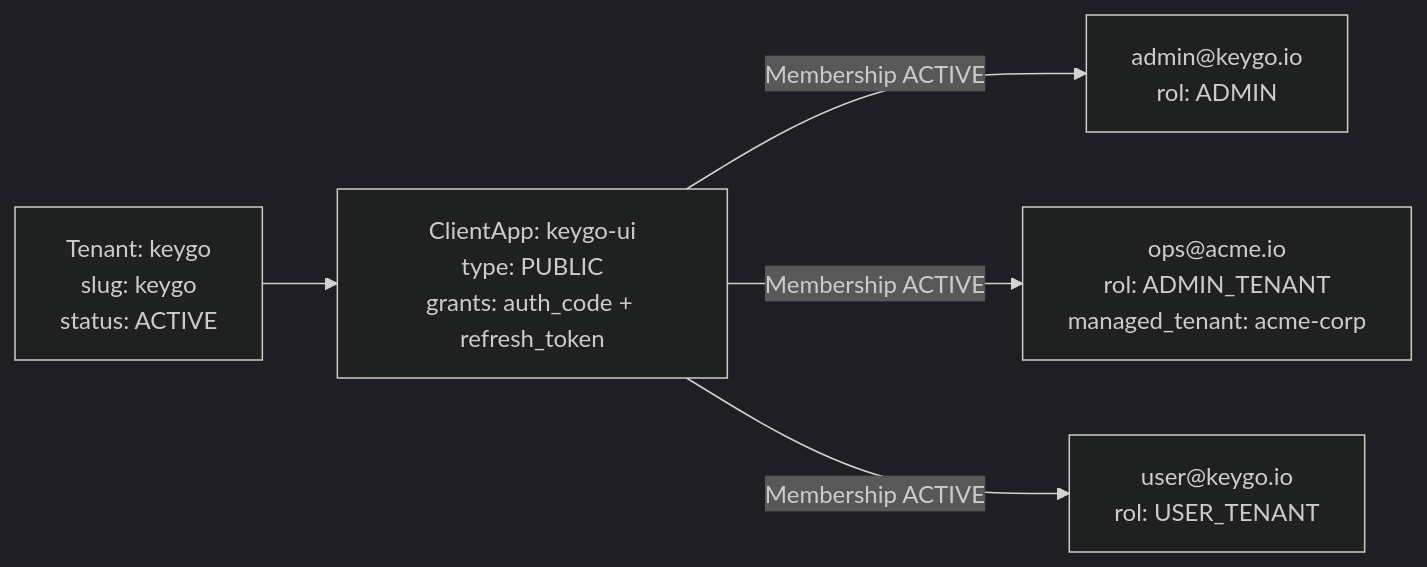
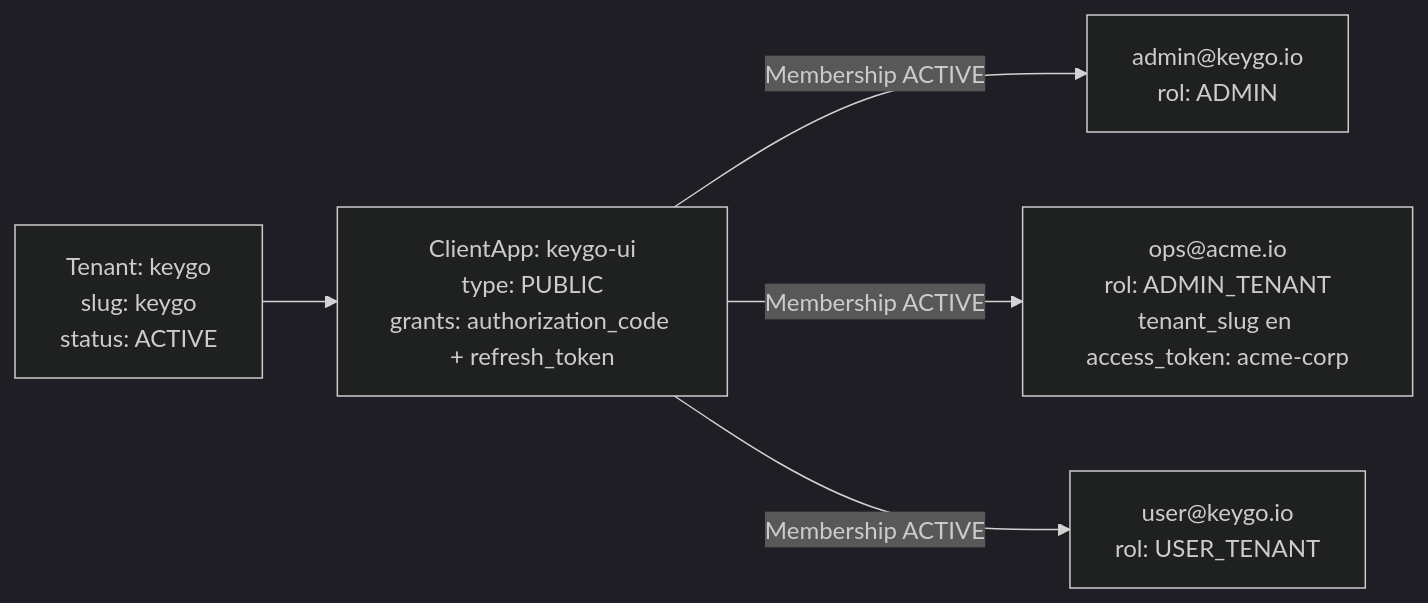
Before and after one commit to cmartinezs/keygo-server: the second of 4 diagrams in docs/keygo-ui/FRONTEND_DEVELOPER_GUIDE.md, drawn with Mermaid (dark theme). The commit also changed other lines of this file and 1 other file, not shown here.

Commit message:
feat(docs): update frontend developer guide and banner with new keygo info; refine role and membership API descriptions

````diff
--- a/docs/keygo-ui/FRONTEND_DEVELOPER_GUIDE.md
+++ b/docs/keygo-ui/FRONTEND_DEVELOPER_GUIDE.md
@@ -199,14 +199,14 @@
 ```mermaid
 graph LR
     T["Tenant: keygo<br/>slug: keygo<br/>status: ACTIVE"]
-    A["ClientApp: keygo-ui<br/>type: PUBLIC<br/>grants: auth_code + refresh_token"]
+    A["ClientApp: keygo-ui<br/>type: PUBLIC<br/>grants: authorization_code + refresh_token"]
     T --> A
 
     U1["admin@keygo.io<br/>rol: ADMIN"]
-    U2["ops@acme.io<br/>rol: ADMIN_TENANT<br/>managed_tenant: acme-corp"]
+    U2["ops@acme.io<br/>rol: ADMIN_TENANT<br/>tenant_slug en access_token: acme-corp"]
     U3["user@keygo.io<br/>rol: USER_TENANT"]
 
     A -->|Membership ACTIVE| U1
     A -->|Membership ACTIVE| U2
     A -->|Membership ACTIVE| U3
 ```
````
